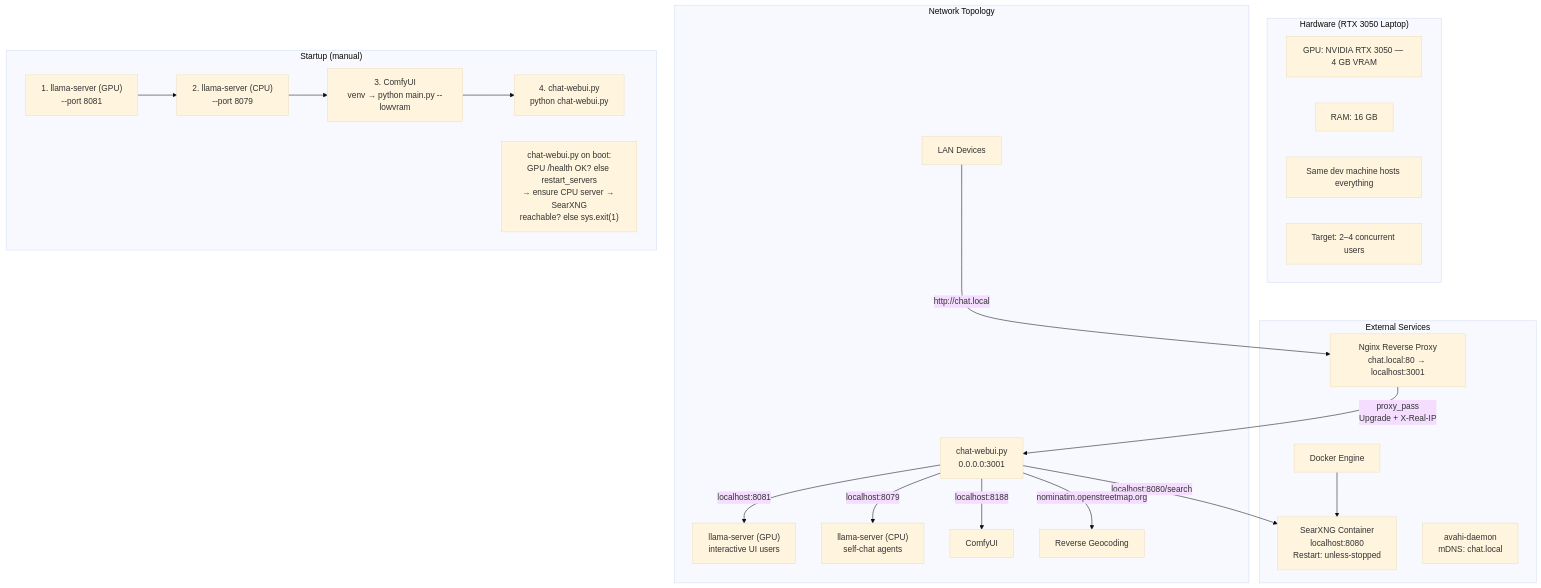
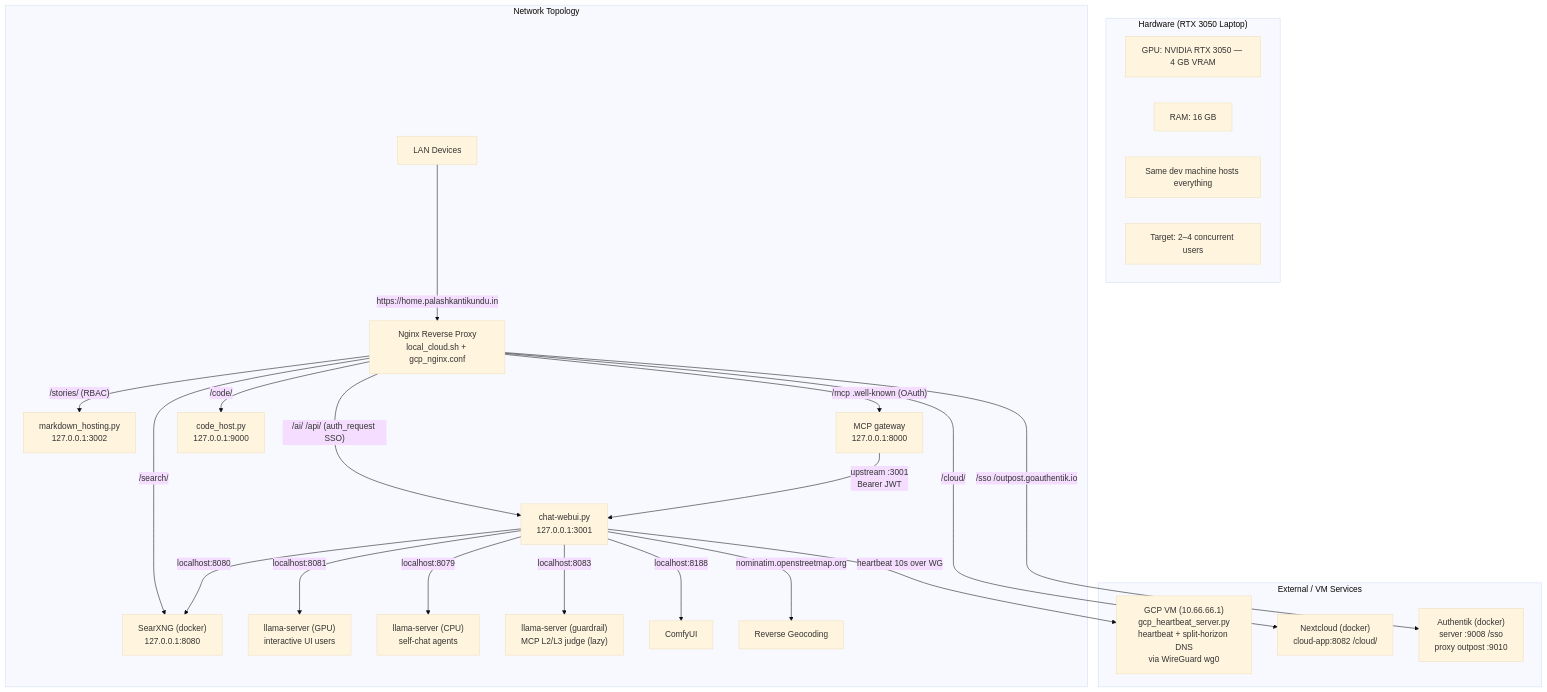
The first of 12 diagrams in README.md (Palash90/local-ai), drawn with Mermaid (base theme) before and after one commit. The commit also changed other lines of this file and 8 other files, not shown here.

````diff
--- a/README.md
+++ b/README.md
@@ -192,33 +213,34 @@
 ```mermaid
 graph TD
     subgraph Hardware ["Hardware (RTX 3050 Laptop)"]
         HW1["GPU: NVIDIA RTX 3050 — 4 GB VRAM"]
         HW2["RAM: 16 GB"]
         HW3["Same dev machine hosts everything"]
         HW4["Target: 2–4 concurrent users"]
     end
 
-    subgraph ExternalServices ["External Services"]
-        Docker["Docker Engine"]
-        Docker --> SearXNG["SearXNG Container\nlocalhost:8080\nRestart: unless-stopped"]
-        Nginx["Nginx Reverse Proxy\nchat.local:80 → localhost:3001"]
-        Avahi["avahi-daemon\nmDNS: chat.local"]
+    subgraph ExternalServices ["External / VM Services"]
+        GCP["GCP VM (10.66.66.1)\ngcp_heartbeat_server.py\nheartbeat + split-horizon DNS\nvia WireGuard wg0"]
+        Nextcloud["Nextcloud (docker)\ncloud-app:8082 /cloud/"]
+        Authentik["Authentik (docker)\nserver :9008 /sso\nproxy outpost :9010"]
     end
 
     subgraph Network ["Network Topology"]
-        LAN["LAN Devices"] -->|"http://chat.local"| Nginx
-        Nginx -->|"proxy_pass\nUpgrade + X-Real-IP"| HTTPServer["chat-webui.py\n0.0.0.0:3001"]
+        LAN["LAN Devices"] -->|"https://home.palashkantikundu.in"| Nginx["Nginx Reverse Proxy\nlocal_cloud.sh + gcp_nginx.conf"]
+        Nginx -->|"/ai/ /api/ (auth_request SSO)"| HTTPServer["chat-webui.py\n127.0.0.1:3001"]
+        Nginx -->|"/stories/ (RBAC)"| Markdown["markdown_hosting.py\n127.0.0.1:3002"]
+        Nginx -->|"/mcp .well-known (OAuth)"| MCP["MCP gateway\n127.0.0.1:8000"]
+        Nginx -->|"/code/"| CodeHost["code_host.py\n127.0.0.1:9000"]
+        Nginx -->|"/search/"| SearXNG["SearXNG (docker)\n127.0.0.1:8080"]
+        Nginx -->|"/cloud/"| Nextcloud
+        Nginx -->|"/sso /outpost.goauthentik.io"| Authentik
         HTTPServer -->|"localhost:8081"| LLamaGPU["llama-server (GPU)\ninteractive UI users"]
         HTTPServer -->|"localhost:8079"| LLamaCPU["llama-server (CPU)\nself-chat agents"]
+        HTTPServer -->|"localhost:8083"| RailsGuard["llama-server (guardrail)\nMCP L2/L3 judge (lazy)"]
         HTTPServer -->|"localhost:8188"| ComfyUIRuntime["ComfyUI"]
-        HTTPServer -->|"localhost:8080/search"| SearXNG
+        HTTPServer -->|"localhost:8080"| SearXNG
         HTTPServer -->|"nominatim.openstreetmap.org"| Nominatim["Reverse Geocoding"]
-    end
-
-    subgraph StartupOrder ["Startup (manual)"]
-        SO1["1. llama-server (GPU)\n--port 8081"] --> SO2["2. llama-server (CPU)\n--port 8079"]
-        SO2 --> SO3["3. ComfyUI\nvenv → python main.py --lowvram"]
-        SO3 --> SO4["4. chat-webui.py\npython chat-webui.py"]
-        SO5["chat-webui.py on boot:\nGPU /health OK? else restart_servers\n→ ensure CPU server → SearXNG\nreachable? else sys.exit(1)"]
+        MCP -->|"upstream :3001\nBearer JWT"| HTTPServer
+        HTTPServer -->|"heartbeat 10s over WG"| GCP
     end
 ```
````
